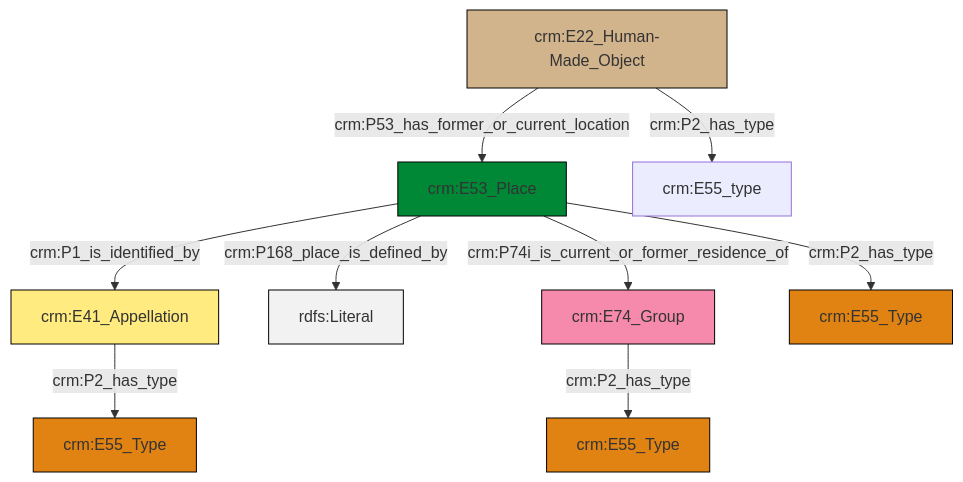
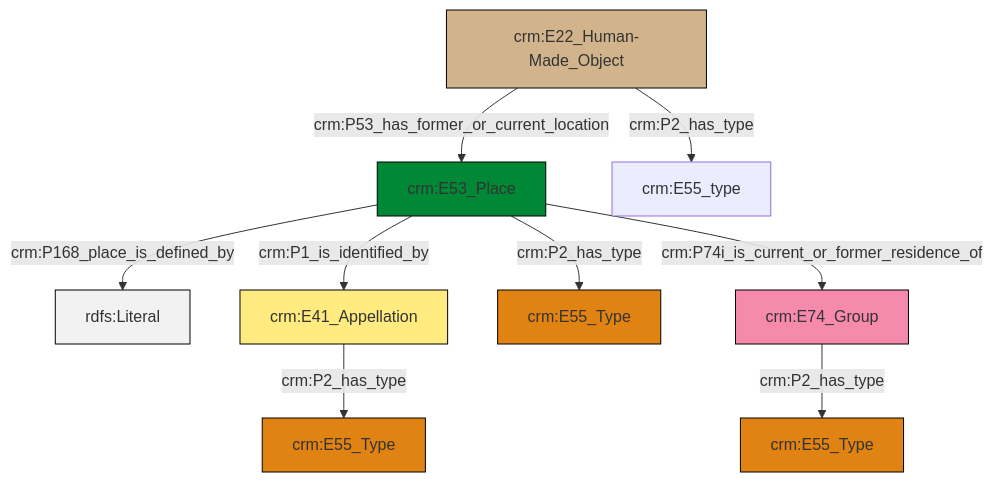
One commit to swiss-art-research-net/docs.swissartresearch changed the diagram in et/artworkCSV/ttl/mmd/Artwork_Location.ttl.mmd. Above: the diagram before and after it, drawn with Mermaid. The commit also changed 177 other files, not shown here.

```diff
--- a/et/artworkCSV/ttl/mmd/Artwork_Location.ttl.mmd
+++ b/et/artworkCSV/ttl/mmd/Artwork_Location.ttl.mmd
@@ -1,23 +1,23 @@
 graph TD
 classDef Literal fill:#f2f2f2,stroke:#000000;
 classDef CRM_Entity fill:#FFFFFF,stroke:#000000;
 classDef Temporal_Entity fill:#00C9E6, stroke:#000000;
 classDef Type fill:#E18312, stroke:#000000;
 classDef Time-Span fill:#2C9C91, stroke:#000000;
 classDef Appellation fill:#FFEB7F, stroke:#000000;
 classDef Place fill:#008836, stroke:#000000;
 classDef Persistent_Item fill:#B266B2, stroke:#000000;
 classDef Conceptual_Object fill:#FFD700, stroke:#000000;
 classDef Physical_Thing fill:#D2B48C, stroke:#000000;
 classDef Actor fill:#f58aad, stroke:#000000;
 classDef PC_Classes fill:#4ce600, stroke:#000000;
 classDef Multi fill:#cccccc,stroke:#000000;
 
-0["crm:E41_Appellation"]:::Appellation -->|crm:P2_has_type| 1["crm:E55_Type"]:::Type
-2["crm:E53_Place"]:::Place -->|crm:P1_is_identified_by| 0["crm:E41_Appellation"]:::Appellation
-2["crm:E53_Place"]:::Place -->|crm:P168_place_is_defined_by| 3[rdfs:Literal]:::Literal
-10["crm:E22_Human-Made_Object"]:::Physical_Thing -->|crm:P53_has_former_or_current_location| 2["crm:E53_Place"]:::Place
-2["crm:E53_Place"]:::Place -->|crm:P2_has_type| 11["crm:E55_Type"]:::Type
-10["crm:E22_Human-Made_Object"]:::Physical_Thing -->|crm:P2_has_type| 12["crm:E55_type"]:::Default
-2["crm:E53_Place"]:::Place -->|crm:P74i_is_current_or_former_residence_of| 5["crm:E74_Group"]:::Actor
-5["crm:E74_Group"]:::Actor -->|crm:P2_has_type| 8["crm:E55_Type"]:::Type
+0["crm:E22_Human-Made_Object"]:::Physical_Thing -->|crm:P53_has_former_or_current_location| 1["crm:E53_Place"]:::Place
+1["crm:E53_Place"]:::Place -->|crm:P168_place_is_defined_by| 4[rdfs:Literal]:::Literal
+1["crm:E53_Place"]:::Place -->|crm:P2_has_type| 9["crm:E55_Type"]:::Type
+12["crm:E74_Group"]:::Actor -->|crm:P2_has_type| 2["crm:E55_Type"]:::Type
+5["crm:E41_Appellation"]:::Appellation -->|crm:P2_has_type| 7["crm:E55_Type"]:::Type
+0["crm:E22_Human-Made_Object"]:::Physical_Thing -->|crm:P2_has_type| 13["crm:E55_type"]:::Default
+1["crm:E53_Place"]:::Place -->|crm:P1_is_identified_by| 5["crm:E41_Appellation"]:::Appellation
+1["crm:E53_Place"]:::Place -->|crm:P74i_is_current_or_former_residence_of| 12["crm:E74_Group"]:::Actor
```
